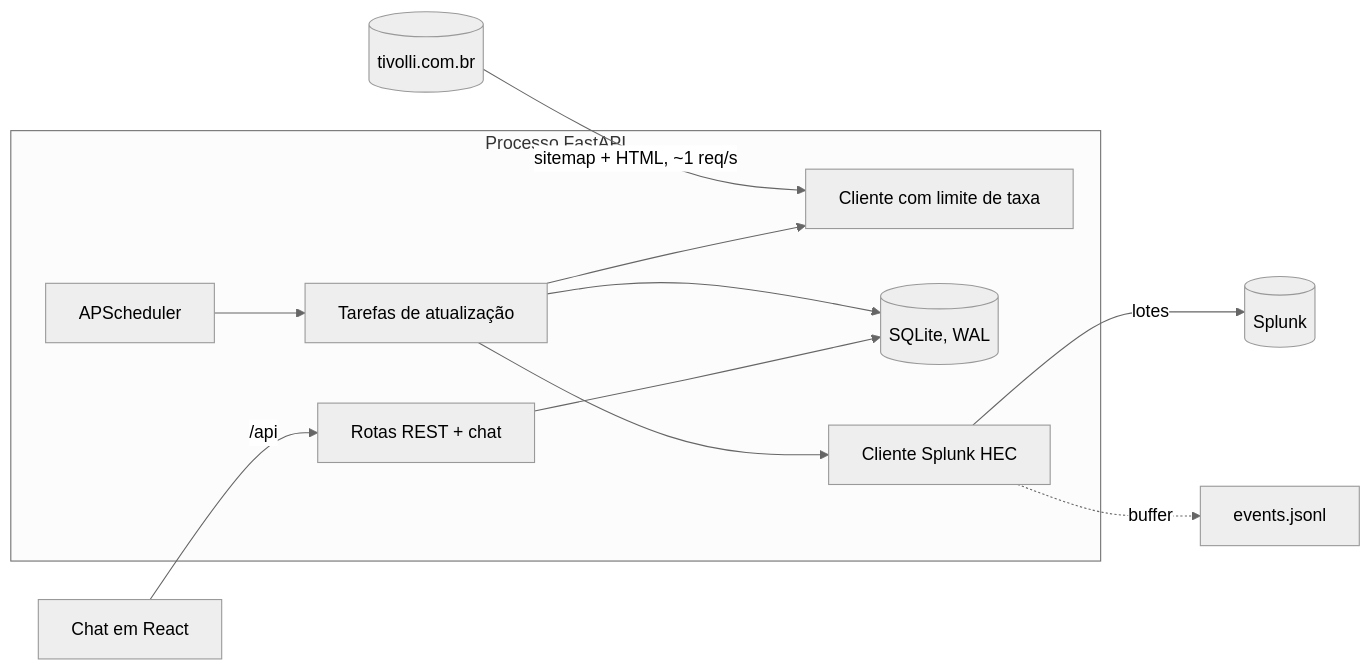
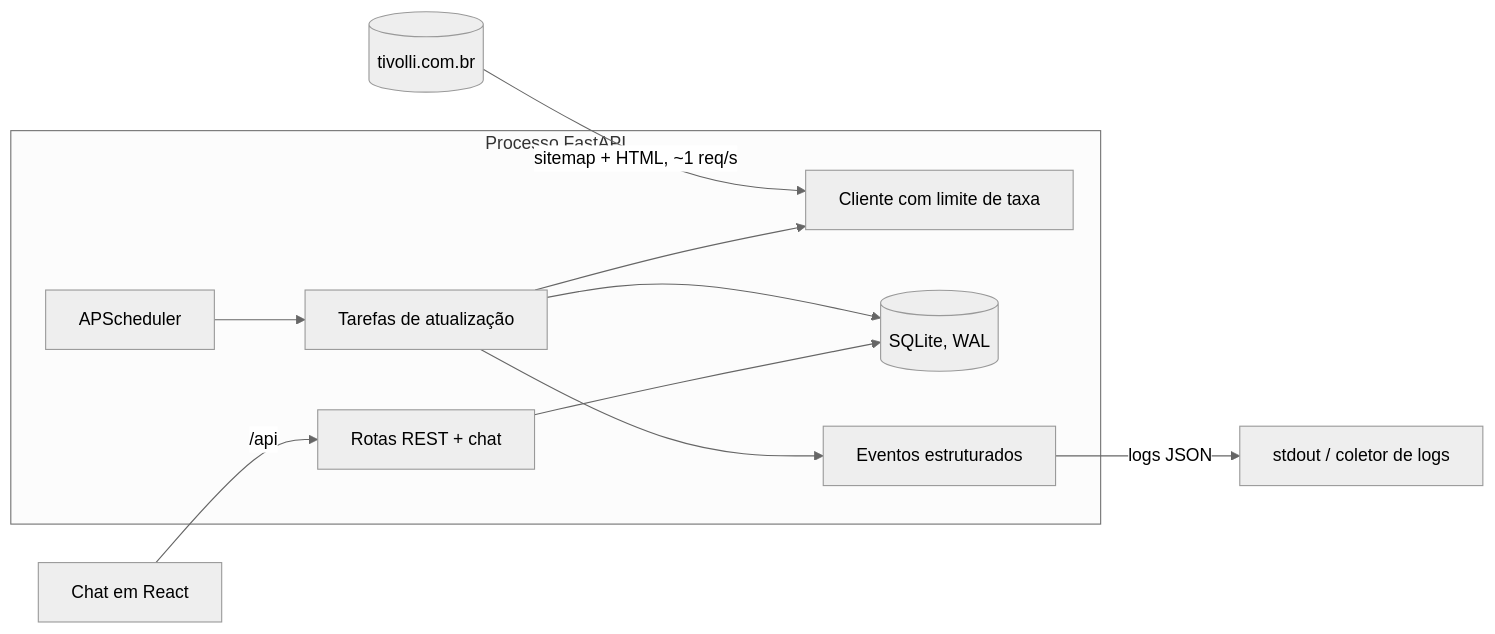
The diagram in website/i18n/pt-BR/docusaurus-plugin-content-docs/current/architecture.md (EttoreCSenatore/garimpo), drawn with Mermaid (neutral theme) before and after one commit. The commit also changed other lines of this file and 28 other files, not shown here.

First line of the commit message:
Remove Splunk; emit structured JSON events through structlog (#20)

````diff
--- a/website/i18n/pt-BR/docusaurus-plugin-content-docs/current/architecture.md
+++ b/website/i18n/pt-BR/docusaurus-plugin-content-docs/current/architecture.md
@@ -8,14 +8,13 @@
 ```mermaid
 flowchart LR
     Site[(tivolli.com.br)] -- "sitemap + HTML, ~1 req/s" --> Scraper
     subgraph App[Processo FastAPI]
       Scheduler[APScheduler] --> Tasks[Tarefas de atualização]
       Tasks --> Scraper[Cliente com limite de taxa]
       Tasks --> DB[(SQLite, WAL)]
       API[Rotas REST + chat] --> DB
-      Tasks --> HEC[Cliente Splunk HEC]
+      Tasks --> Events[Eventos estruturados]
     end
     UI[Chat em React] -- /api --> API
-    HEC -- lotes --> Splunk[(Splunk)]
-    HEC -. buffer .-> File[events.jsonl]
+    Events -- logs JSON --> Stdout[stdout / coletor de logs]
 ```
````
